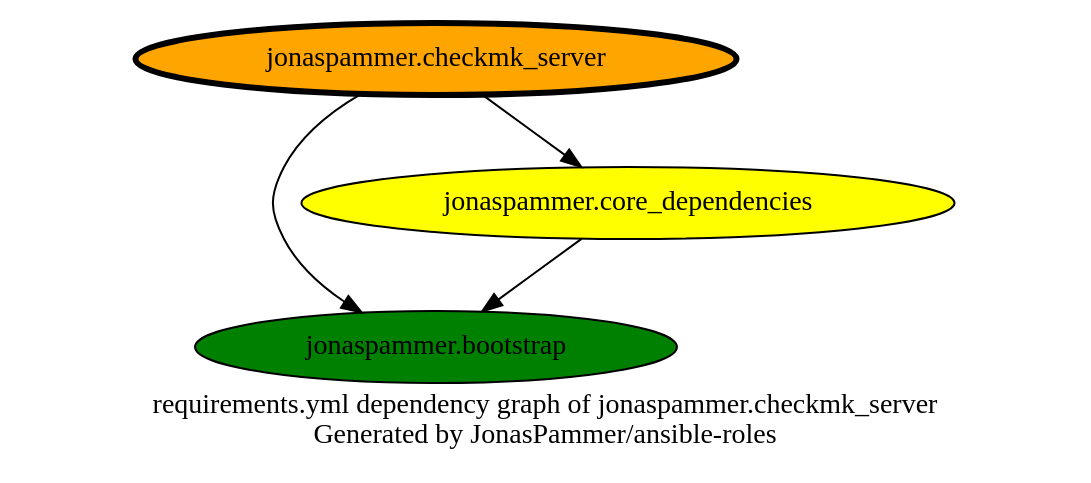
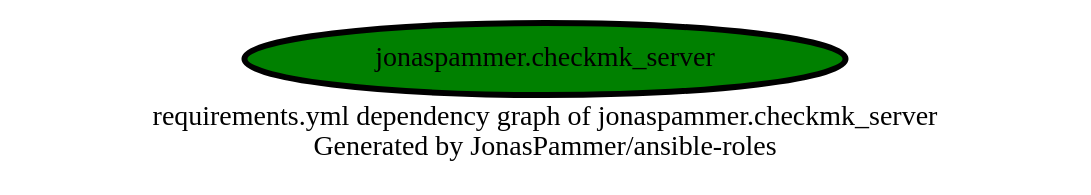
Before and after one commit to JonasPammer/ansible-roles: the diagram in graphs/dependencies_checkmk_server.dot, drawn with Graphviz. The commit also changed 32 other files, not shown here.

```diff
--- a/graphs/dependencies_checkmk_server.dot
+++ b/graphs/dependencies_checkmk_server.dot
@@ -1,14 +1,10 @@
 digraph hierarchy {
   label = "requirements.yml dependency graph of jonaspammer.checkmk_server \n Generated by JonasPammer/ansible-roles" ;
   overlap=false
 
   {
-    "jonaspammer.checkmk_server" [fillcolor=orange style=filled penwidth=3]
-    "jonaspammer.bootstrap" [fillcolor=green style=filled ]
-    "jonaspammer.core_dependencies" [fillcolor=yellow style=filled ]
+    "jonaspammer.checkmk_server" [fillcolor=green style=filled penwidth=3]
   }
 
 
-  "jonaspammer.checkmk_server" -> {"jonaspammer.bootstrap" "jonaspammer.core_dependencies"}
-  "jonaspammer.core_dependencies" -> {"jonaspammer.bootstrap"}
 }
```
